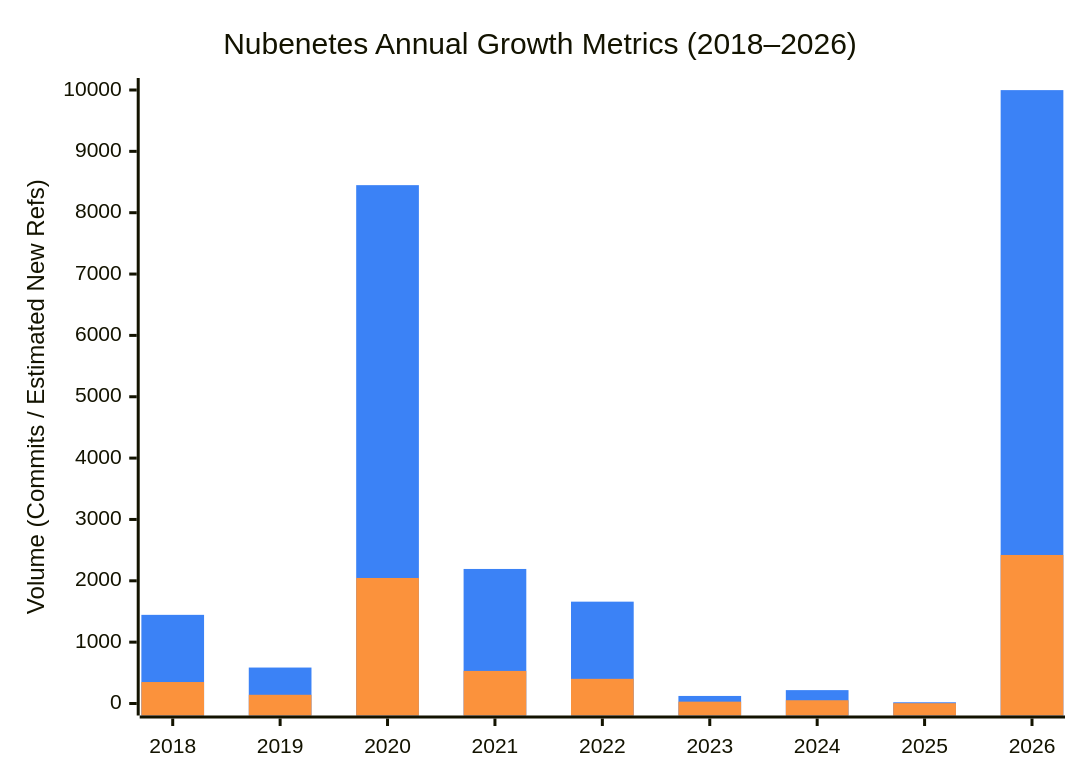
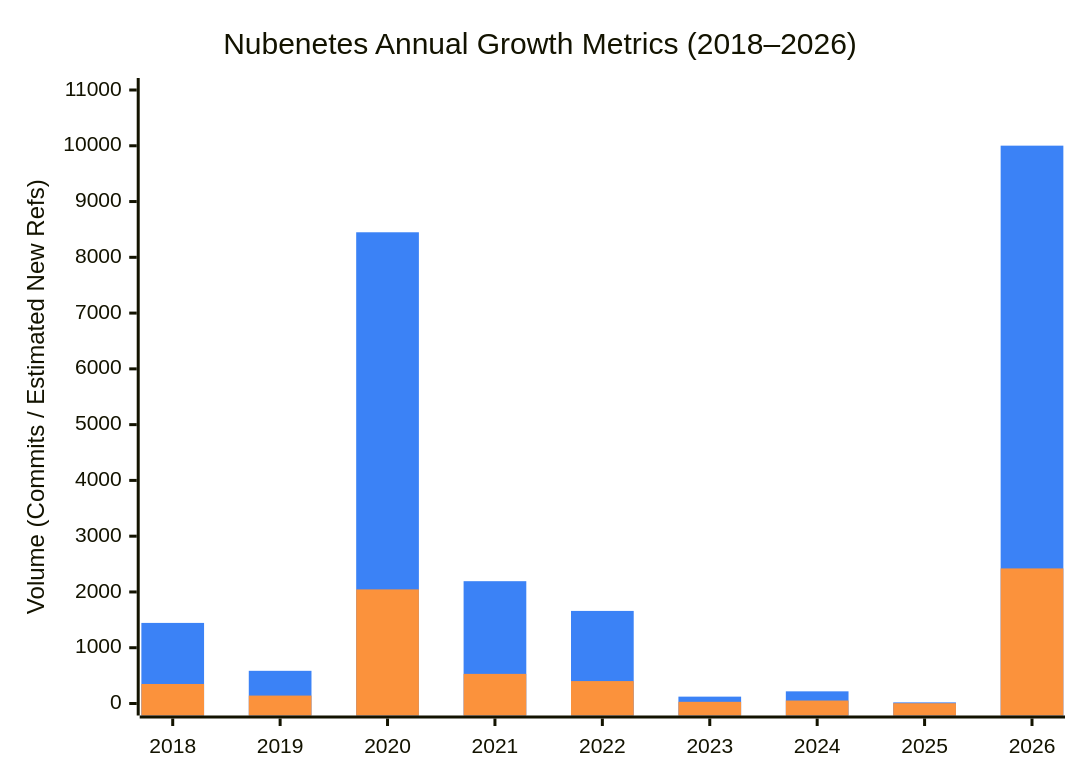
Before and after one commit to sec-js/awesome-kubernetes: the first of 11 diagrams in README.md, drawn with Mermaid. The commit also changed other lines of this file and 160 other files, not shown here.

````diff
--- a/README.md
+++ b/README.md
@@ -186,15 +186,15 @@
 ```mermaid
 ---
 config:
   themeVariables:
     xyChart:
       plotColorPalette: '#3b82f6, #fb923c'
   theme: mc
 ---
 xychart-beta
     title "Nubenetes Annual Growth Metrics (2018–2026)"
     x-axis ["2018", "2019", "2020", "2021", "2022", "2023", "2024", "2025", "2026"]
-    y-axis "Volume (Commits / Estimated New Refs)" 0 --> 10000
-    bar [1445, 586, 8449, 2193, 1660, 123, 218, 20, 9998]
-    bar [350, 142, 2046, 531, 402, 30, 53, 5, 2421]
+    y-axis "Volume (Commits / Estimated New Refs)" 0 --> 11000
+    bar [1445, 586, 8449, 2193, 1660, 123, 218, 20, 10002]
+    bar [350, 142, 2046, 531, 402, 30, 53, 5, 2422]
 ```
````
